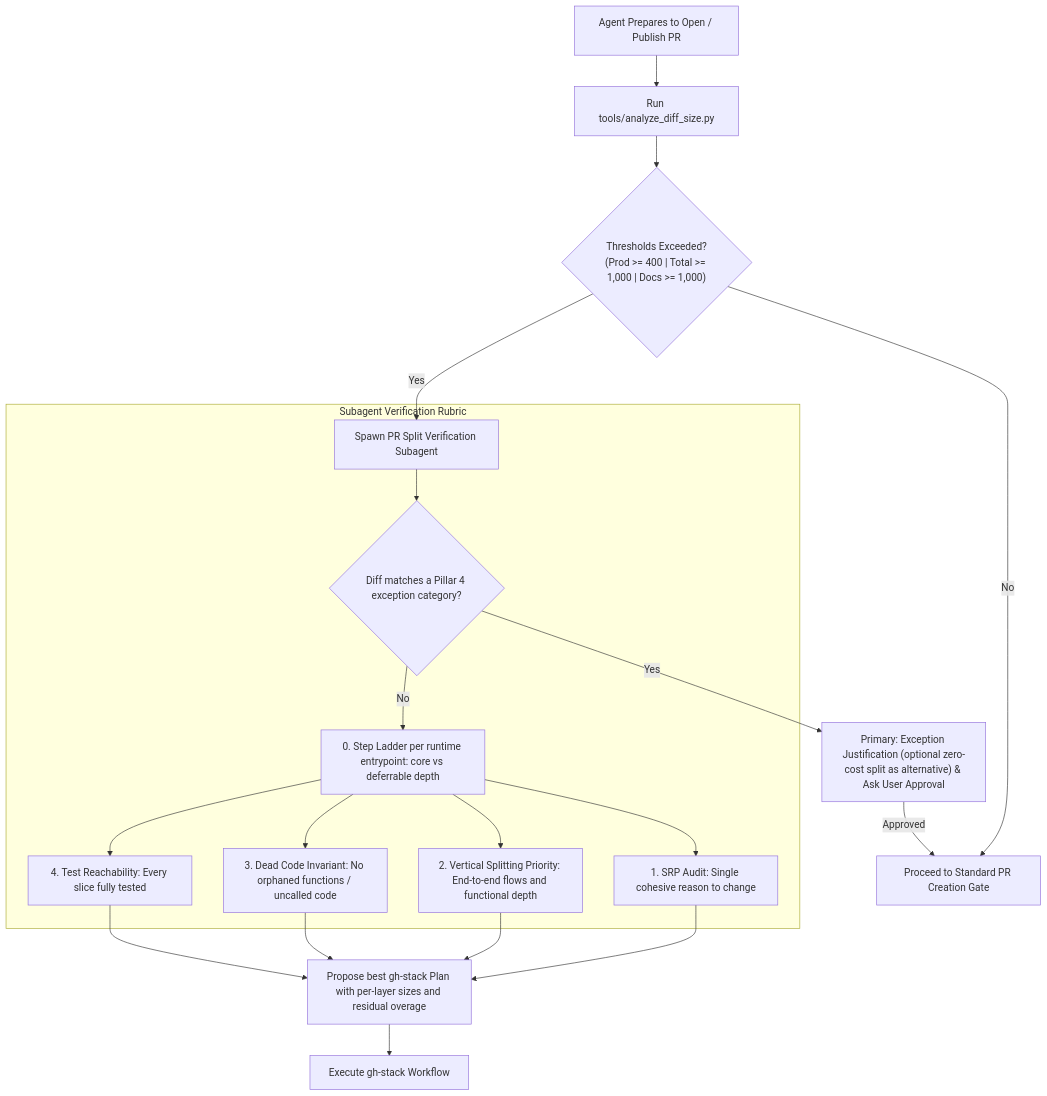
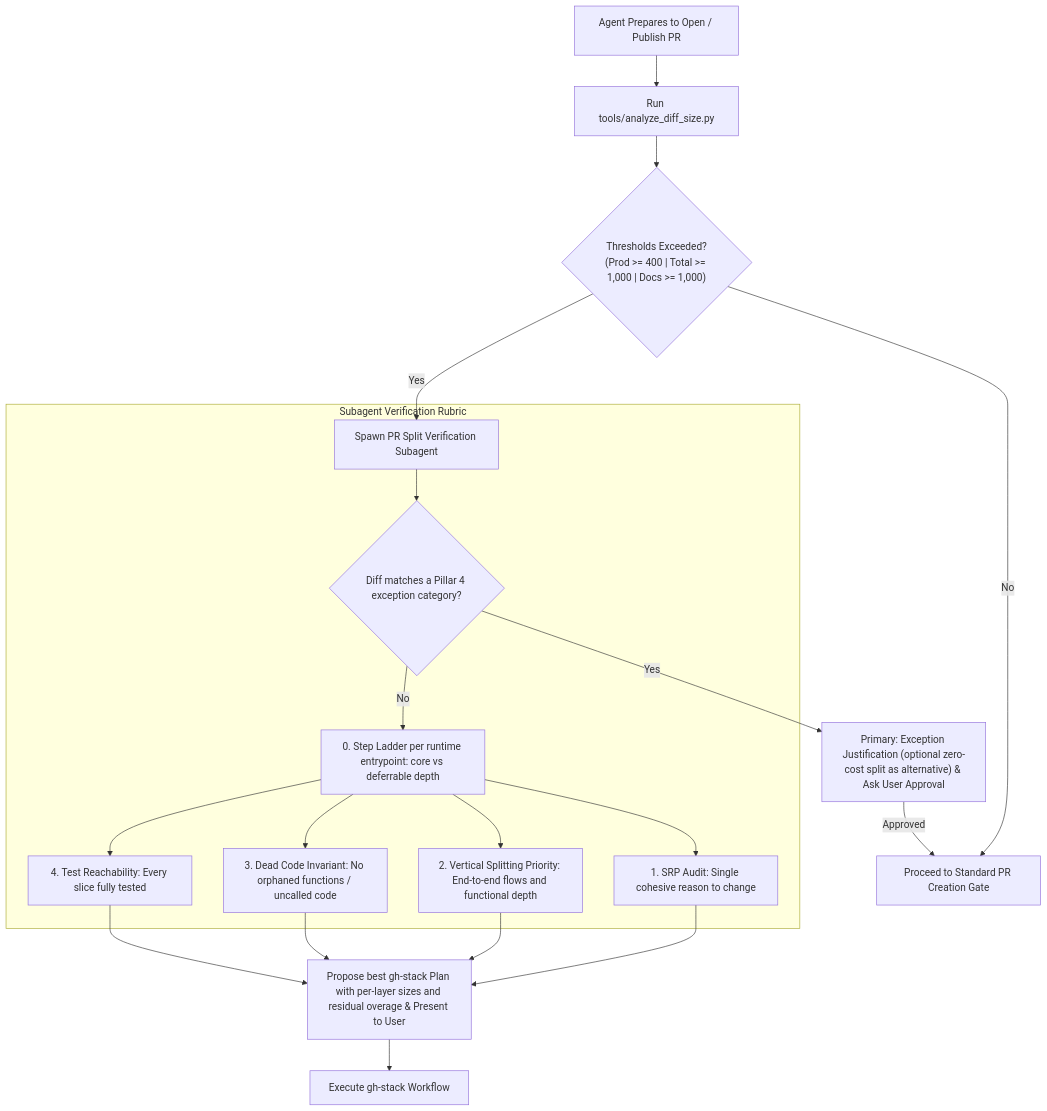
One commit to 0xABCD01/xmc changed the diagram in .agents/skills/xmc_pr_split_verification/SKILL.md. Above: the diagram before and after it, drawn with Mermaid. The commit also changed other lines of this file, not shown here.

First line of the commit message:
docs(skills): use American spelling and restore split-plan user gate

````diff
--- a/.agents/skills/xmc_pr_split_verification/SKILL.md
+++ b/.agents/skills/xmc_pr_split_verification/SKILL.md
@@ -17,22 +17,22 @@
 ```mermaid
 graph TD
     A["Agent Prepares to Open / Publish PR"] --> B["Run tools/analyze_diff_size.py"]
     B --> C{"Thresholds Exceeded?<br>(Prod >= 400 | Total >= 1,000 | Docs >= 1,000)"}
     C -->|No| D["Proceed to Standard PR Creation Gate"]
     C -->|Yes| E["Spawn PR Split Verification Subagent"]
     
     subgraph SVR ["Subagent Verification Rubric"]
         E --> J{"Diff matches a Pillar 4 exception category?"}
         J -->|No| S["0. Step Ladder per runtime entrypoint: core vs deferrable depth"]
         S --> F["1. SRP Audit: Single cohesive reason to change"]
         S --> G["2. Vertical Splitting Priority: End-to-end flows and functional depth"]
         S --> H["3. Dead Code Invariant: No orphaned functions / uncalled code"]
         S --> I["4. Test Reachability: Every slice fully tested"]
     end
     
-    F & G & H & I --> K["Propose best gh-stack Plan with per-layer sizes and residual overage"]
+    F & G & H & I --> K["Propose best gh-stack Plan with per-layer sizes and residual overage & Present to User"]
     J -->|Yes| L["Primary: Exception Justification (optional zero-cost split as alternative) & Ask User Approval"]
     
     K --> M["Execute gh-stack Workflow"]
     L -->|Approved| D
 ```
````
